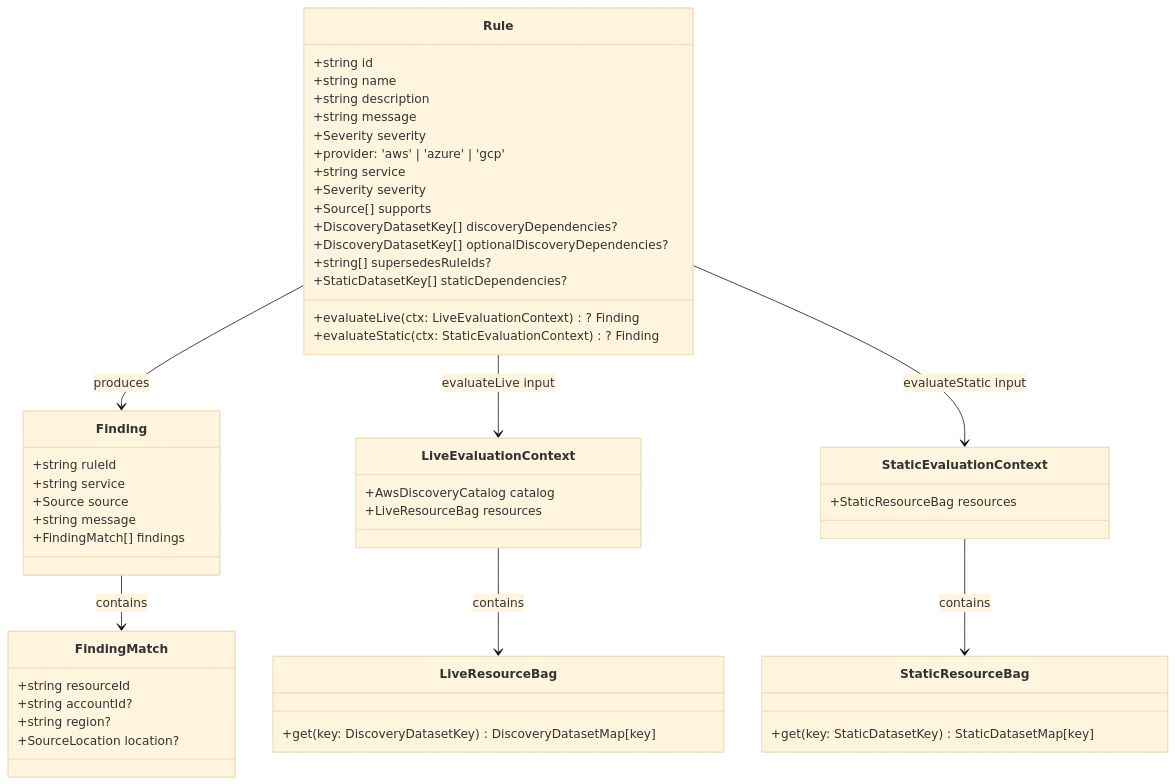
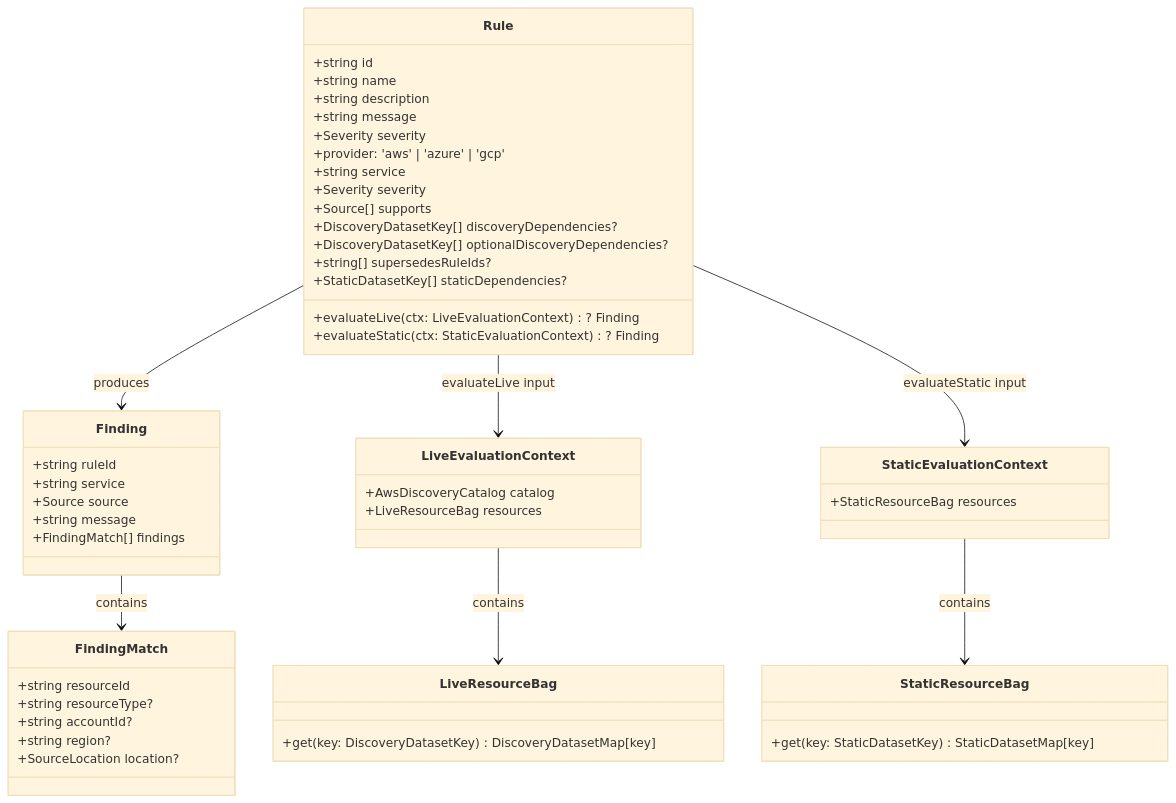
The first of 2 diagrams in docs/architecture/rules.md (towardsthecloud/cloudburn), drawn with Mermaid (base theme) before and after one commit. The commit also changed other lines of this file and 16 other files, not shown here.

````diff
--- a/docs/architecture/rules.md
+++ b/docs/architecture/rules.md
@@ -5,59 +5,60 @@
 ```mermaid
 classDiagram
   class Rule {
     +string id
     +string name
     +string description
     +string message
     +Severity severity
     +provider: 'aws' | 'azure' | 'gcp'
     +string service
     +Severity severity
     +Source[] supports
     +DiscoveryDatasetKey[] discoveryDependencies?
     +DiscoveryDatasetKey[] optionalDiscoveryDependencies?
     +string[] supersedesRuleIds?
     +StaticDatasetKey[] staticDependencies?
     +evaluateLive(ctx: LiveEvaluationContext)? Finding
     +evaluateStatic(ctx: StaticEvaluationContext)? Finding
   }
 
   class Finding {
     +string ruleId
     +string service
     +Source source
     +string message
     +FindingMatch[] findings
   }
 
   class FindingMatch {
     +string resourceId
+    +string resourceType?
     +string accountId?
     +string region?
     +SourceLocation location?
   }
 
   class LiveEvaluationContext {
     +AwsDiscoveryCatalog catalog
     +LiveResourceBag resources
   }
 
   class LiveResourceBag {
     +get(key: DiscoveryDatasetKey) DiscoveryDatasetMap[key]
   }
 
   class StaticResourceBag {
     +get(key: StaticDatasetKey) StaticDatasetMap[key]
   }
 
   class StaticEvaluationContext {
     +StaticResourceBag resources
   }
 
   Rule --> Finding : produces
   Finding --> FindingMatch : contains
   Rule --> LiveEvaluationContext : evaluateLive input
   LiveEvaluationContext --> LiveResourceBag : contains
   Rule --> StaticEvaluationContext : evaluateStatic input
   StaticEvaluationContext --> StaticResourceBag : contains
 ```
````
